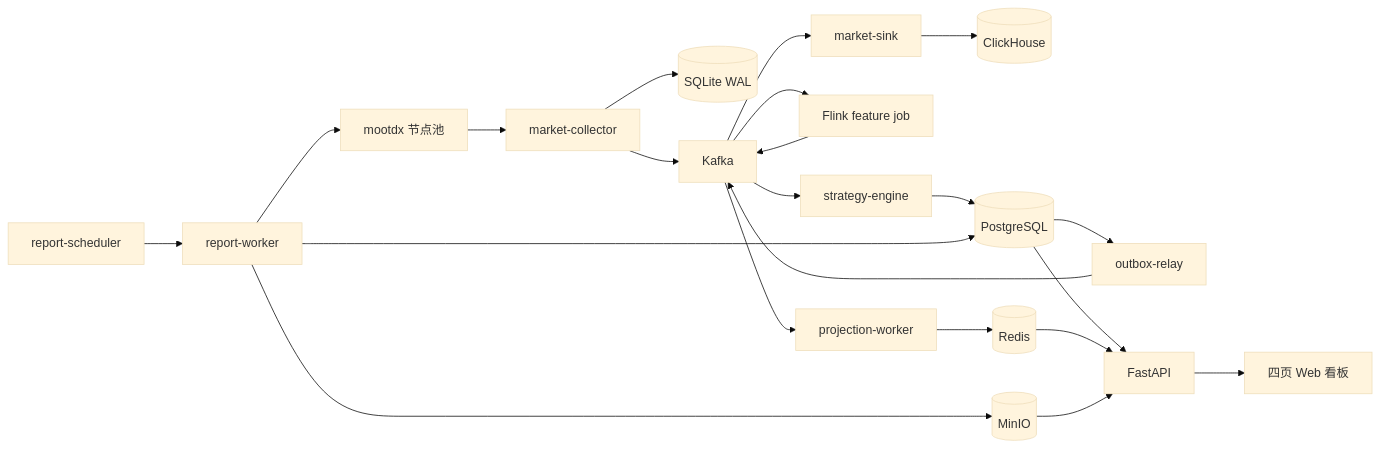
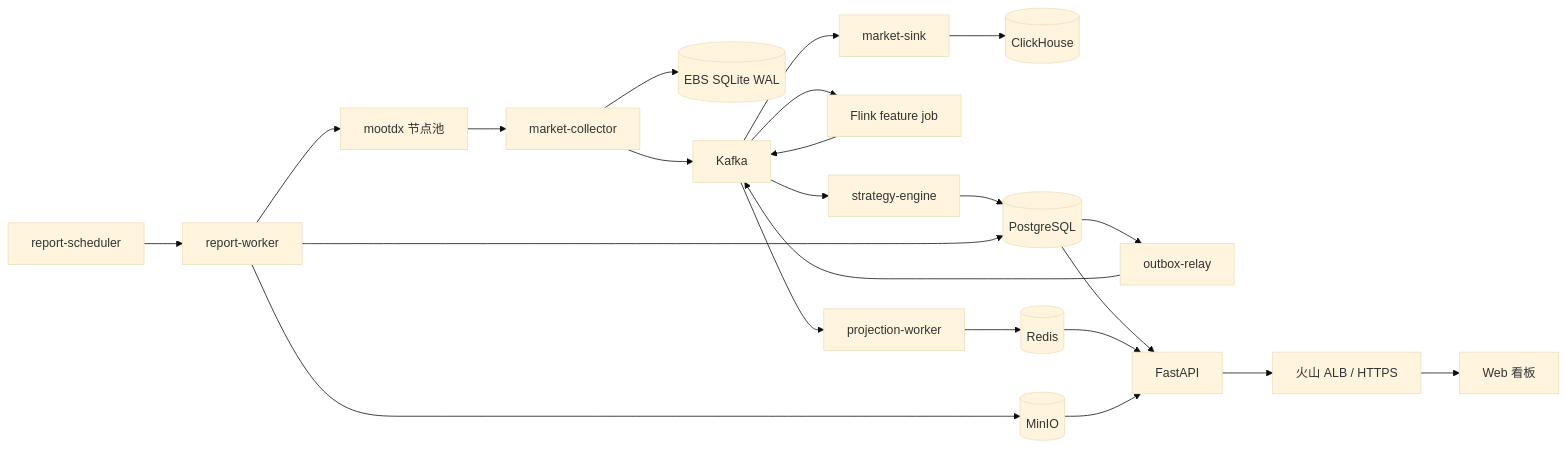
The first of 2 diagrams in docs/02-architecture.md (jelven007/test), drawn with Mermaid (base theme) before and after one commit. The commit also changed other lines of this file and 8 other files, not shown here.

Commit message:
docs(architecture): document current VKE production topology

````diff
--- a/docs/02-architecture.md
+++ b/docs/02-architecture.md
@@ -17,24 +20,25 @@
 ```mermaid
 flowchart LR
     M[mootdx 节点池] --> C[market-collector]
-    C --> WAL[(SQLite WAL)]
+    C --> WAL[(EBS SQLite WAL)]
     C --> K[Kafka]
     K --> MS[market-sink]
     MS --> CH[(ClickHouse)]
     K --> F[Flink feature job]
     F --> K
     K --> SE[strategy-engine]
     SE --> PG[(PostgreSQL)]
     PG --> O[outbox-relay]
     O --> K
     K --> P[projection-worker]
     P --> RD[(Redis)]
     S[report-scheduler] --> RW[report-worker]
     RW --> M
     RW --> PG
     RW --> OBJ[(MinIO)]
     PG --> API[FastAPI]
     RD --> API
     OBJ --> API
-    API --> WEB[四页 Web 看板]
+    API --> ALB[火山 ALB / HTTPS]
+    ALB --> WEB[Web 看板]
 ```
````
